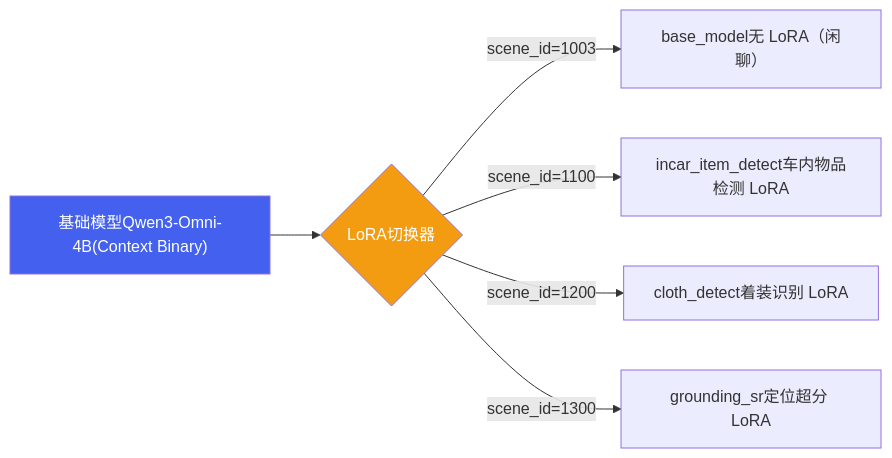
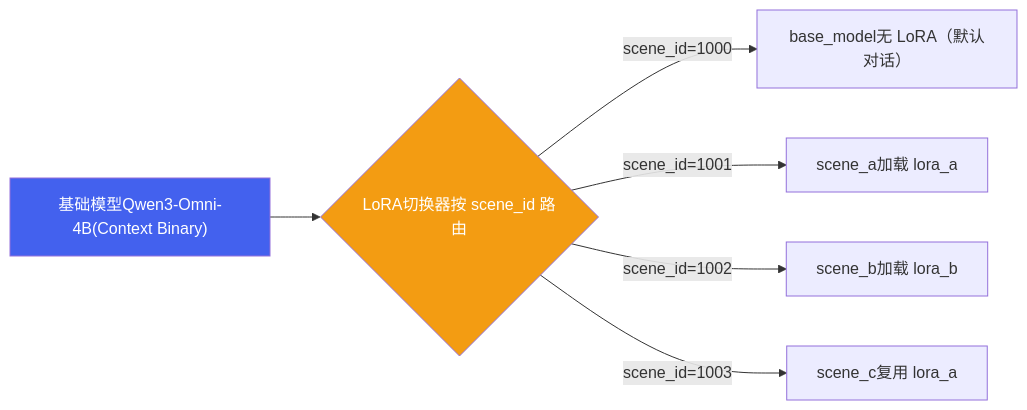
Before and after one commit to ranpin/edge-ai-docs: the eighth of 9 diagrams in cockpit/projects/agent-framework/deploy.md, drawn with Mermaid. The commit also changed other lines of this file and 8 other files, not shown here.

````diff
--- a/cockpit/projects/agent-framework/deploy.md
+++ b/cockpit/projects/agent-framework/deploy.md
@@ -405,11 +424,11 @@
 ```mermaid
 flowchart LR
-    BASE["基础模型Qwen3-Omni-4B(Context Binary)"] --> SW{"LoRA切换器"}
-    SW -->|"scene_id=1003"| L0["base_model无 LoRA（闲聊）"]
-    SW -->|"scene_id=1100"| L1["incar_item_detect车内物品检测 LoRA"]
-    SW -->|"scene_id=1200"| L2["cloth_detect着装识别 LoRA"]
-    SW -->|"scene_id=1300"| L3["grounding_sr定位超分 LoRA"]
+    BASE["基础模型Qwen3-Omni-4B(Context Binary)"] --> SW{"LoRA切换器按 scene_id 路由"}
+    SW -->|"scene_id=1000"| L0["base_model无 LoRA（默认对话）"]
+    SW -->|"scene_id=1001"| L1["scene_a加载 lora_a"]
+    SW -->|"scene_id=1002"| L2["scene_b加载 lora_b"]
+    SW -->|"scene_id=1003"| L3["scene_c复用 lora_a"]
 
     style BASE fill:#4361ee,color:#fff
     style SW fill:#f39c12,color:#fff
 ```
````
